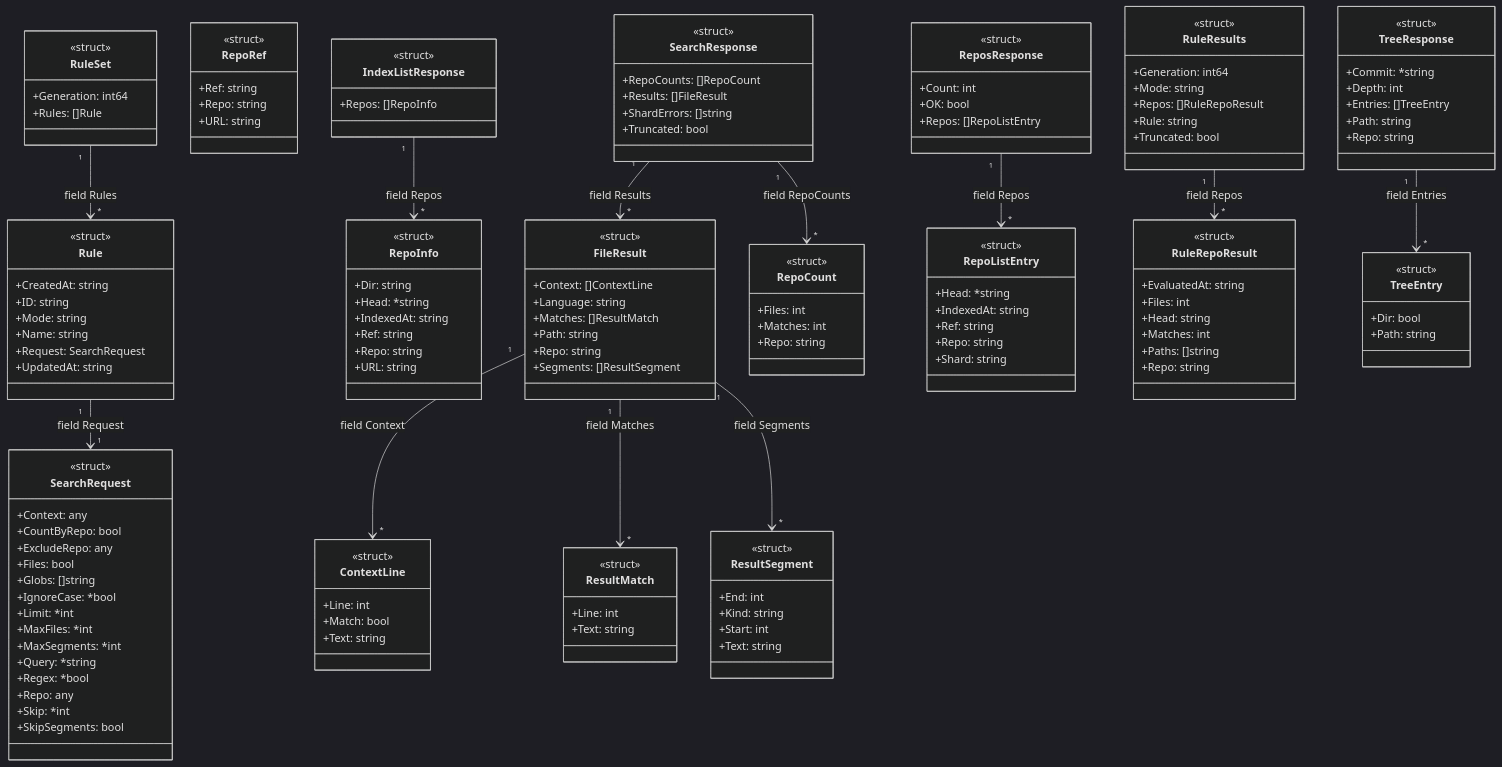
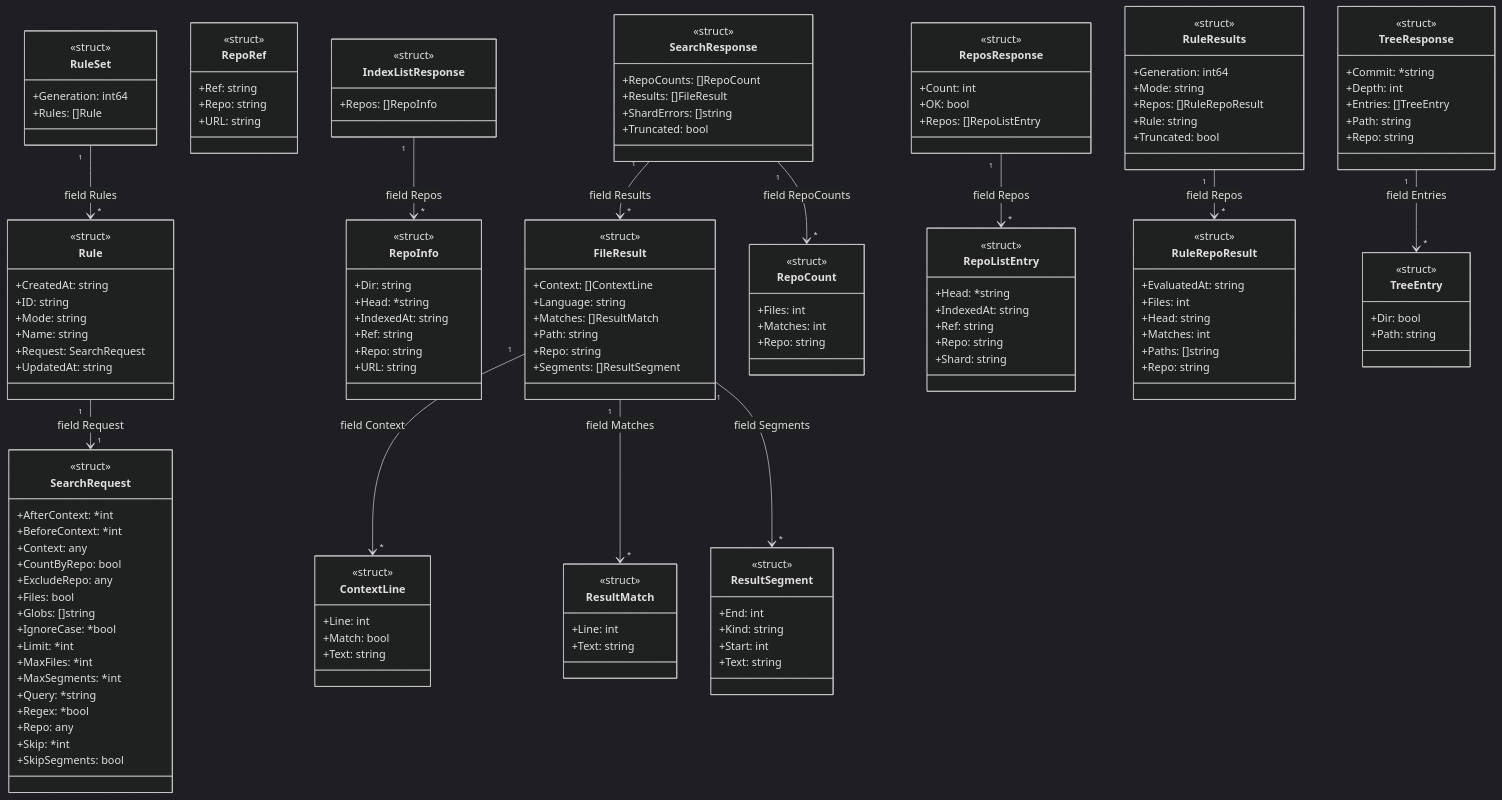
One commit to greppleai/grepple changed the diagram in .grepple/api.package/structure.mmd. Above: the diagram before and after it, drawn with Mermaid (dark theme). The commit also changed 20 other files, not shown here.

Commit message:
feat(search): add asymmetric match context

```diff
--- a/.grepple/api.package/structure.mmd
+++ b/.grepple/api.package/structure.mmd
@@ -170,6 +170,8 @@
     %% grepple:struct-tag RuleSet Generation "json:\"generation\""
     %% grepple:struct-tag RuleSet Rules "json:\"rules\""
     class SearchRequest {
+        +AfterContext: *int
+        +BeforeContext: *int
         +Context: any
         +CountByRepo: bool
         +ExcludeRepo: any
@@ -187,6 +189,8 @@
     }
     <<struct>> SearchRequest
     %% grepple:file SearchRequest internal/api/model.go
+    %% grepple:struct-tag SearchRequest AfterContext "json:\"afterContext,omitempty\""
+    %% grepple:struct-tag SearchRequest BeforeContext "json:\"beforeContext,omitempty\""
     %% grepple:struct-tag SearchRequest Context "json:\"context,omitempty\""
     %% grepple:struct-tag SearchRequest CountByRepo "json:\"countByRepo,omitempty\""
     %% grepple:struct-tag SearchRequest ExcludeRepo "json:\"excludeRepo,omitempty\""
```
